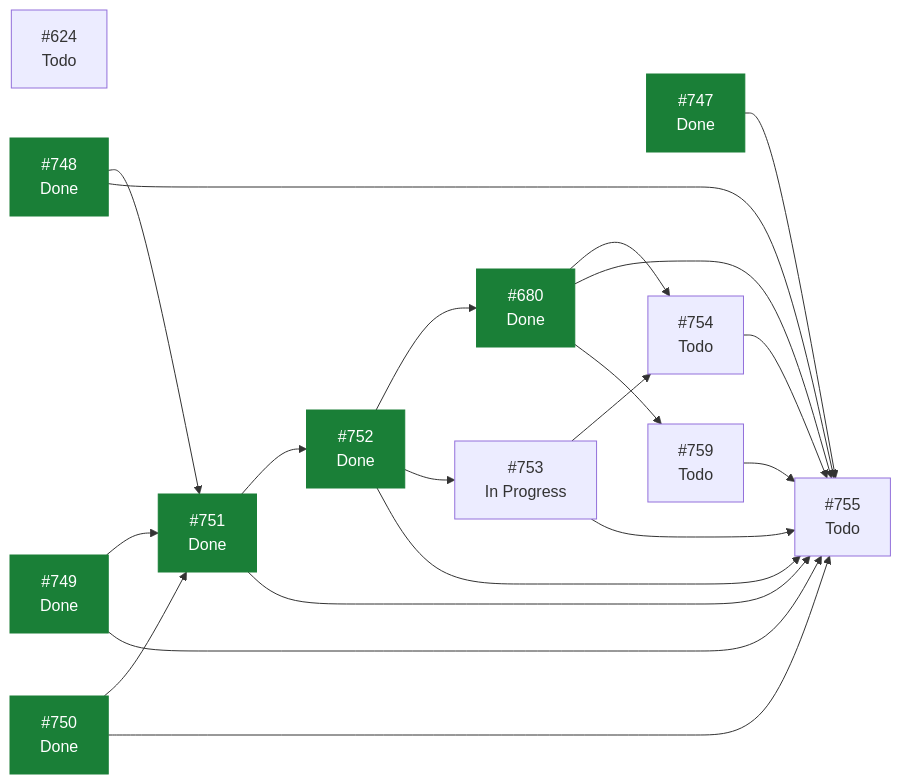
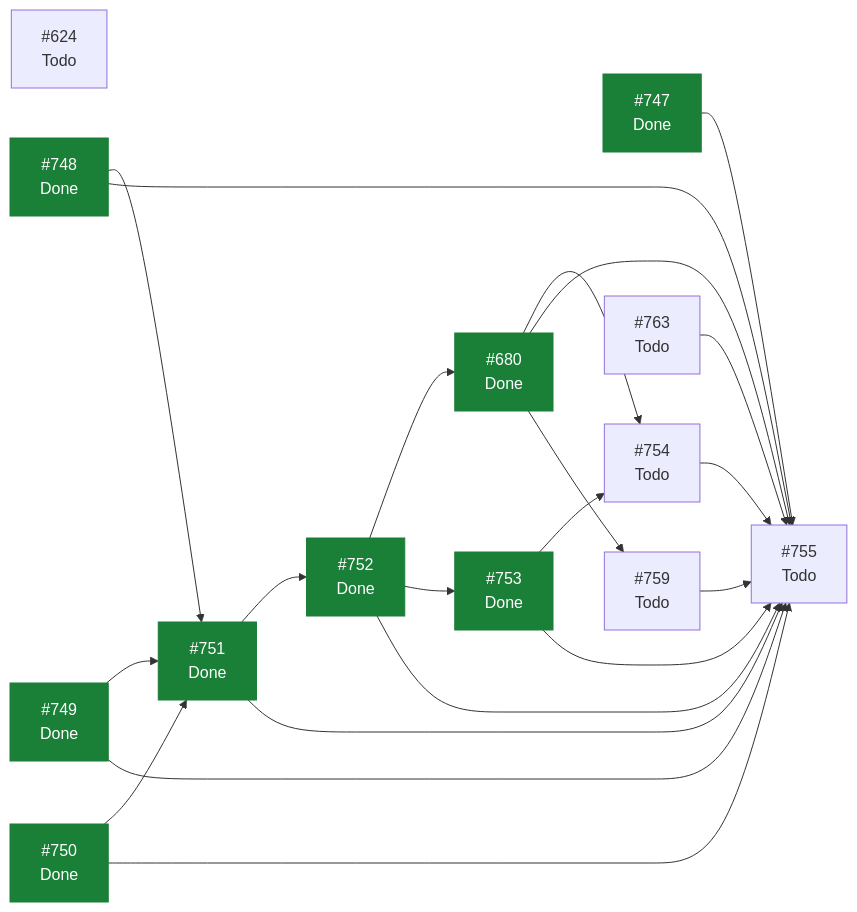
Before and after one commit to ecamp0s/evault: the diagram in docs/planning/STATUS.md, drawn with Mermaid. The commit also changed other lines of this file, not shown here.

````diff
--- a/docs/planning/STATUS.md
+++ b/docs/planning/STATUS.md
@@ -98,36 +100,38 @@
 ```mermaid
 graph LR
   I624["#624<br/>Todo"]
   I680["#680<br/>Done"]
   I747["#747<br/>Done"]
   I748["#748<br/>Done"]
   I749["#749<br/>Done"]
   I750["#750<br/>Done"]
   I751["#751<br/>Done"]
   I752["#752<br/>Done"]
-  I753["#753<br/>In Progress"]
+  I753["#753<br/>Done"]
   I754["#754<br/>Todo"]
   I755["#755<br/>Todo"]
   I759["#759<br/>Todo"]
+  I763["#763<br/>Todo"]
   I680 --> I754
   I680 --> I755
   I680 --> I759
   I747 --> I755
   I748 --> I751
   I748 --> I755
   I749 --> I751
   I749 --> I755
   I750 --> I751
   I750 --> I755
   I751 --> I752
   I751 --> I755
   I752 --> I680
   I752 --> I753
   I752 --> I755
   I753 --> I754
   I753 --> I755
   I754 --> I755
   I759 --> I755
+  I763 --> I755
   classDef hecho fill:#1a7f37,stroke:#1a7f37,color:#fff;
-  class I680,I747,I748,I749,I750,I751,I752 hecho;
+  class I680,I747,I748,I749,I750,I751,I752,I753 hecho;
 ```
````
